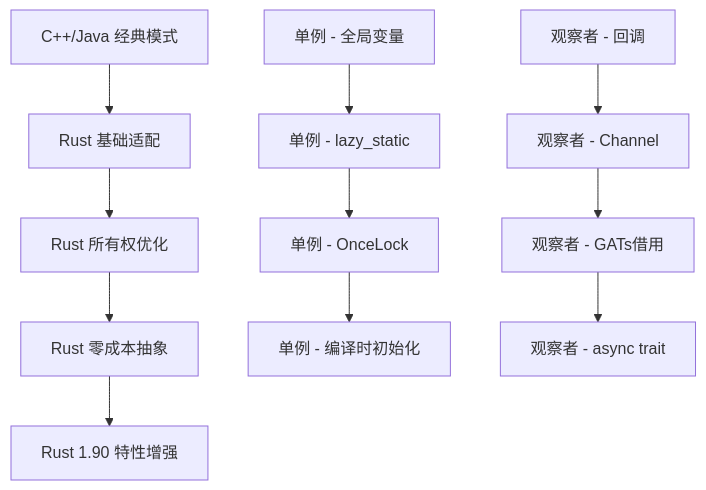
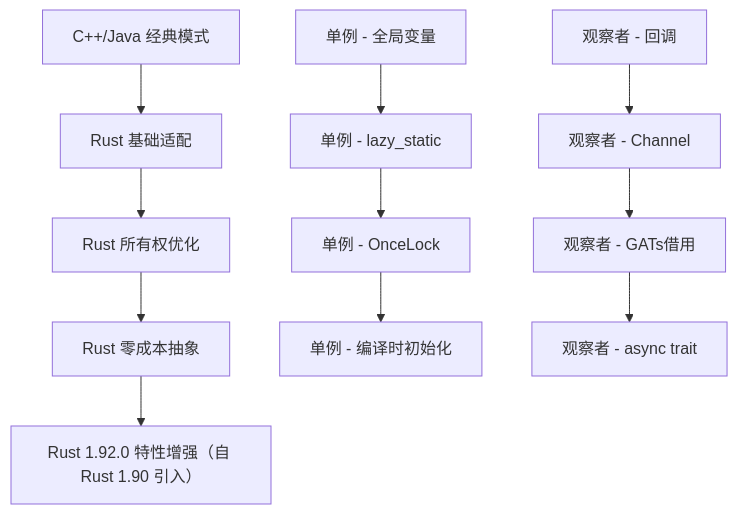
One commit to martin-ly/rust-lang changed the seventh of 18 diagrams in crates/c09_design_pattern/docs/KNOWLEDGE_GRAPH.md. Above: the diagram before and after it, drawn with Mermaid. The commit also changed other lines of this file and 290 other files, not shown here.

````diff
--- a/crates/c09_design_pattern/docs/KNOWLEDGE_GRAPH.md
+++ b/crates/c09_design_pattern/docs/KNOWLEDGE_GRAPH.md
@@ -261,15 +261,15 @@
 ```mermaid
 graph TD
     A[C++/Java 经典模式] --> B[Rust 基础适配]
     B --> C[Rust 所有权优化]
     C --> D[Rust 零成本抽象]
-    D --> E[Rust 1.90 特性增强]
+    D --> E[Rust 1.92.0 特性增强（自 Rust 1.90 引入）]
 
     A1[单例 - 全局变量] --> B1[单例 - lazy_static]
     B1 --> C1[单例 - OnceLock]
     C1 --> D1[单例 - 编译时初始化]
 
     A2[观察者 - 回调] --> B2[观察者 - Channel]
     B2 --> C2[观察者 - GATs借用]
     C2 --> D2[观察者 - async trait]
 ```
````
